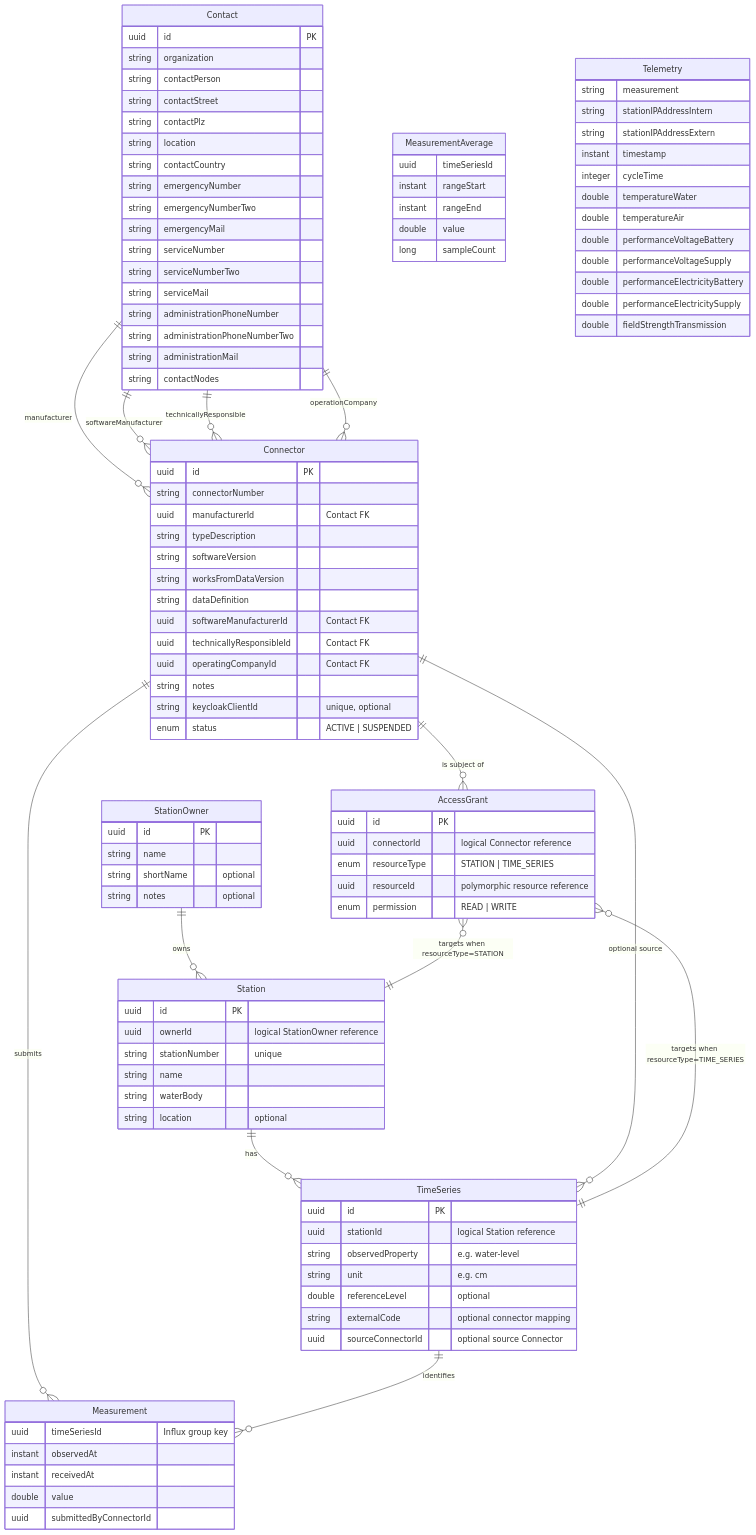
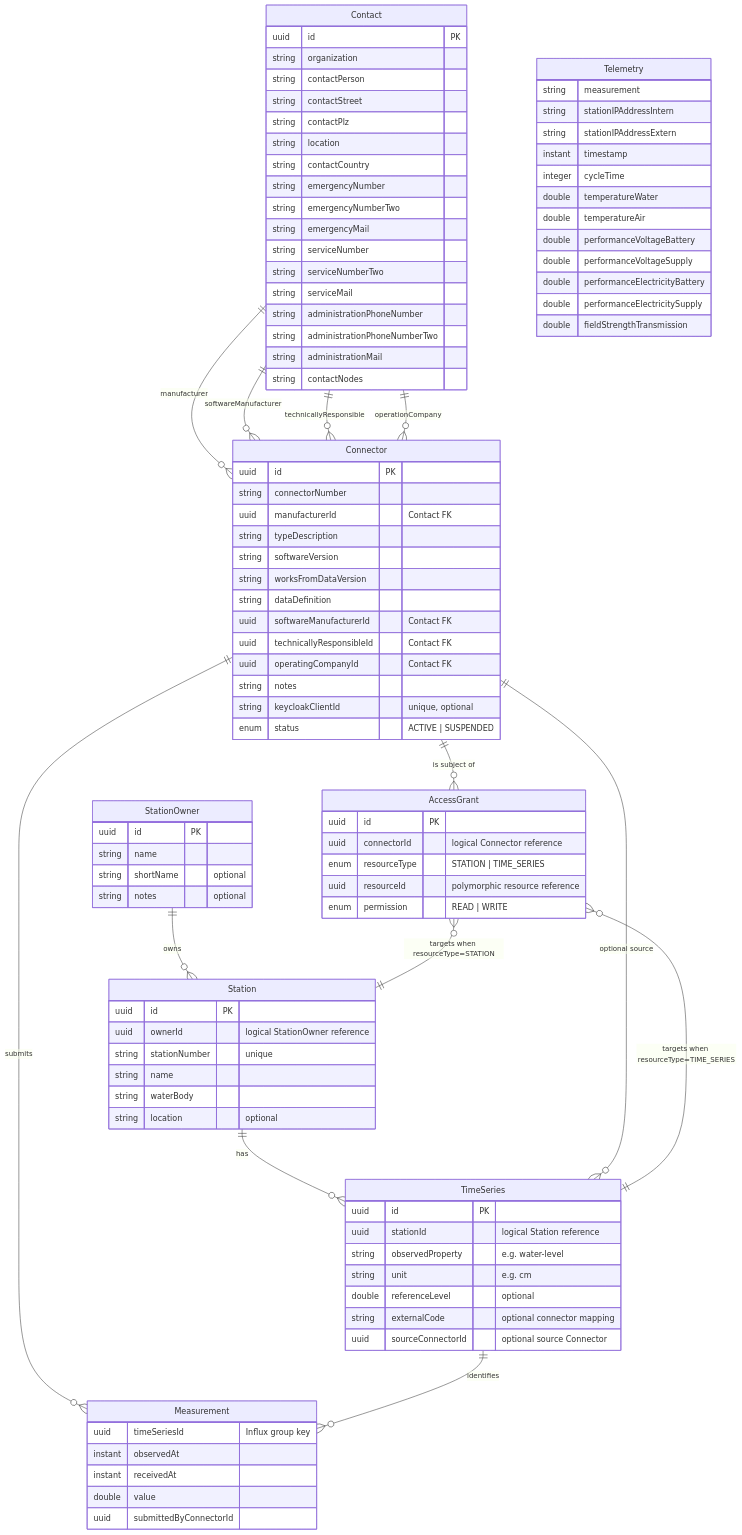
One commit to viadonau/pegelhub changed the first of 5 diagrams in docs/architecture/pegelhub-domain-model.md. Above: the diagram before and after it, drawn with Mermaid. The commit also changed other lines of this file and 4 other files, not shown here.

```diff
--- a/docs/architecture/pegelhub-domain-model.md
+++ b/docs/architecture/pegelhub-domain-model.md
@@ -100,14 +100,6 @@
         uuid submittedByConnectorId
     }
 
-    MeasurementAverage {
-        uuid timeSeriesId
-        instant rangeStart
-        instant rangeEnd
-        double value
-        long sampleCount
-    }
-
     Telemetry {
         string measurement
         string stationIPAddressIntern
```
